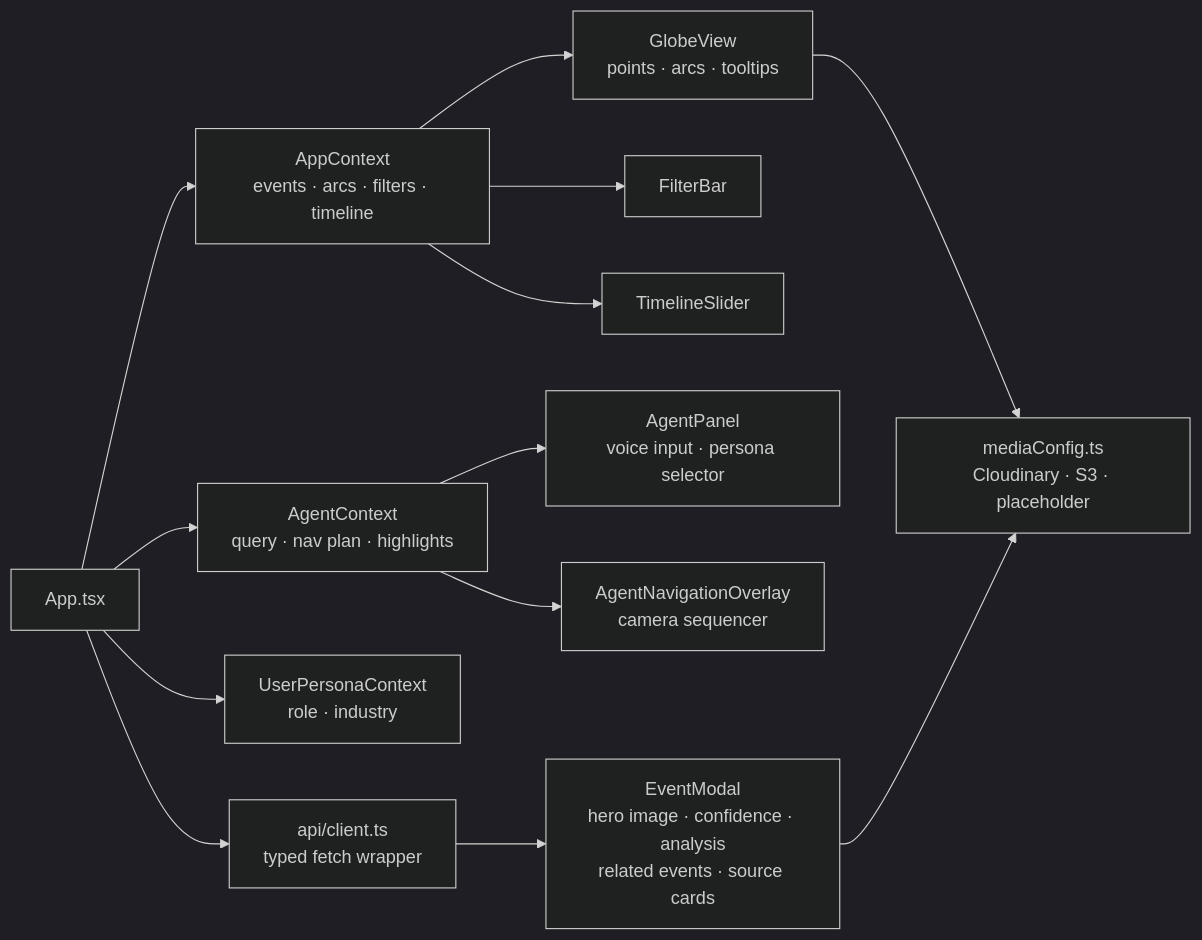
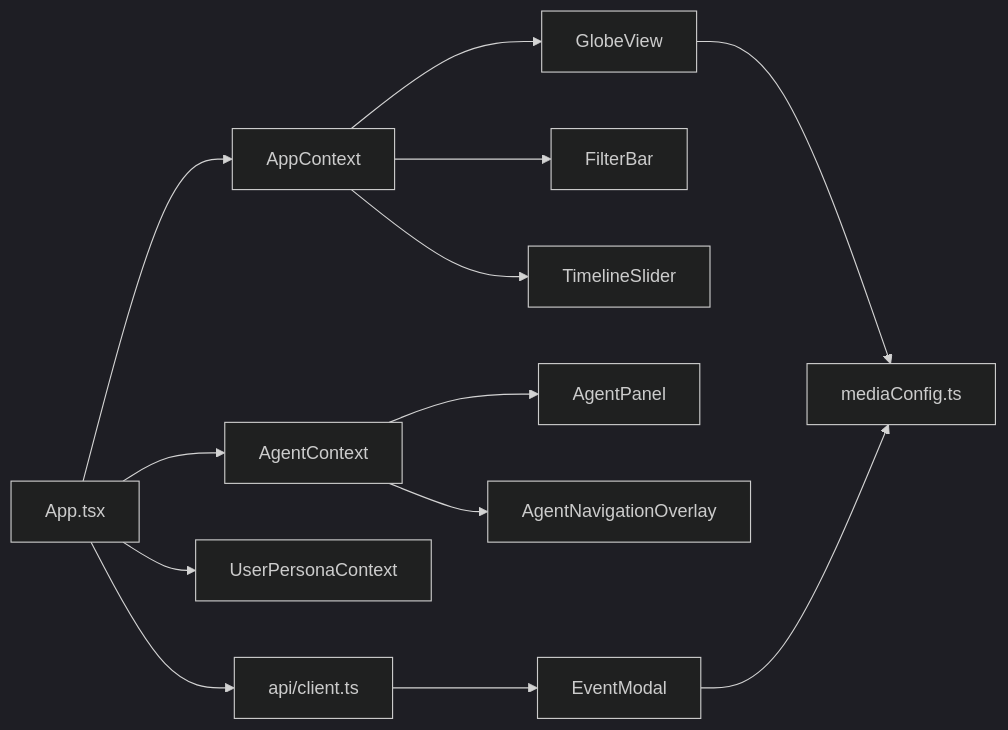
The first of 4 diagrams in README.md (ryanzhou147/argus), drawn with Mermaid (dark theme) before and after one commit. The commit also changed other lines of this file, not shown here.

Commit message:
chore: mermaid diagram update

````diff
--- a/README.md
+++ b/README.md
@@ -10,17 +10,17 @@
 ```mermaid
 flowchart LR
-    App["App.tsx"] --> AppCtx["AppContext\nevents · arcs · filters · timeline"]
-    App --> AgentCtx["AgentContext\nquery · nav plan · highlights"]
-    App --> PersonaCtx["UserPersonaContext\nrole · industry"]
-    App --> APIClient["api/client.ts\ntyped fetch wrapper"]
+    App["App.tsx"] --> AppCtx["AppContext"]
+    App --> AgentCtx["AgentContext"]
+    App --> PersonaCtx["UserPersonaContext"]
+    App --> APIClient["api/client.ts"]
 
-    AppCtx --> Globe["GlobeView\npoints · arcs · tooltips"]
+    AppCtx --> Globe["GlobeView"]
     AppCtx --> FilterBar["FilterBar"]
     AppCtx --> Timeline["TimelineSlider"]
-    AgentCtx --> AgentPanel["AgentPanel\nvoice input · persona selector"]
-    AgentCtx --> NavOverlay["AgentNavigationOverlay\ncamera sequencer"]
-    APIClient --> Modal["EventModal\nhero image · confidence · analysis\nrelated events · source cards"]
+    AgentCtx --> AgentPanel["AgentPanel"]
+    AgentCtx --> NavOverlay["AgentNavigationOverlay"]
+    APIClient --> Modal["EventModal"]
 
-    Globe --> MediaCfg["mediaConfig.ts\nCloudinary · S3 · placeholder"]
+    Globe --> MediaCfg["mediaConfig.ts"]
     Modal --> MediaCfg
 ```
````
